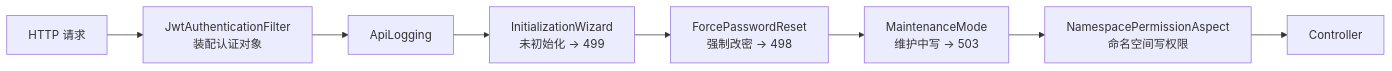
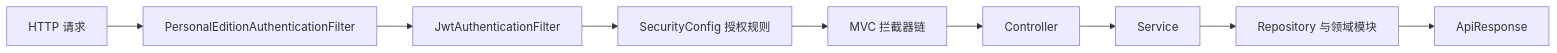
The diagram in docs/architecture/modules/metadata-registry-web-src.md (matrixlane/MetadataRegistry4J), drawn with Mermaid before and after one commit. The commit also changed other lines of this file and 321 other files, not shown here.

````diff
--- a/docs/architecture/modules/metadata-registry-web-src.md
+++ b/docs/architecture/modules/metadata-registry-web-src.md
@@ -146,10 +124,11 @@
 ```mermaid
 flowchart LR
-    REQ[HTTP 请求] --> F[JwtAuthenticationFilter<br/>装配认证对象]
-    F --> L[ApiLogging]
-    L --> W[InitializationWizard<br/>未初始化 → 499]
-    W --> P[ForcePasswordReset<br/>强制改密 → 498]
-    P --> M[MaintenanceMode<br/>维护中写 → 503]
-    M --> A[NamespacePermissionAspect<br/>命名空间写权限]
-    A --> CTL[Controller]
+    A[HTTP 请求] --> B[PersonalEditionAuthenticationFilter]
+    B --> C[JwtAuthenticationFilter]
+    C --> D[SecurityConfig 授权规则]
+    D --> E[MVC 拦截器链]
+    E --> F[Controller]
+    F --> G[Service]
+    G --> H[Repository 与领域模块]
+    H --> I[ApiResponse]
 ```
````
